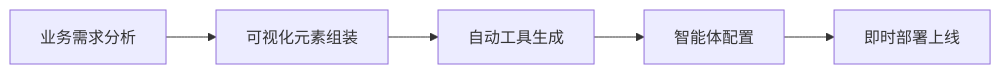
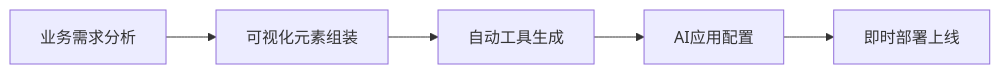
One commit to jitai-team/jitai-docs changed the diagram in docs/tutorial/03开发指南/02开发框架/JitAi/intro.md. Above: the diagram before and after it, drawn with Mermaid. The commit also changed other lines of this file and 3 other files, not shown here.

````diff
--- a/docs/tutorial/03开发指南/02开发框架/JitAi/intro.md
+++ b/docs/tutorial/03开发指南/02开发框架/JitAi/intro.md
@@ -146,4 +160,4 @@
 ```mermaid
 graph LR
-    A[业务需求分析] --> B[可视化元素组装] --> C[自动工具生成] --> D[智能体配置] --> E[即时部署上线]
+    A[业务需求分析] --> B[可视化元素组装] --> C[自动工具生成] --> D[AI应用配置] --> E[即时部署上线]
 ```
````
